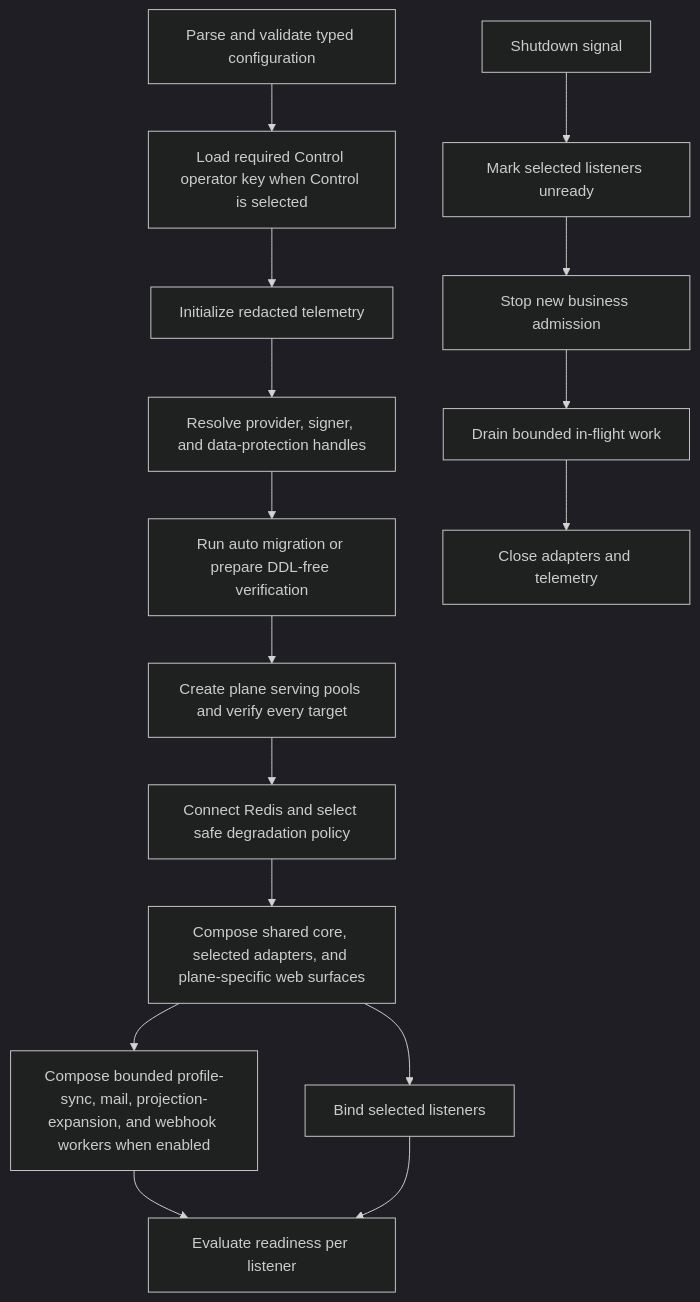
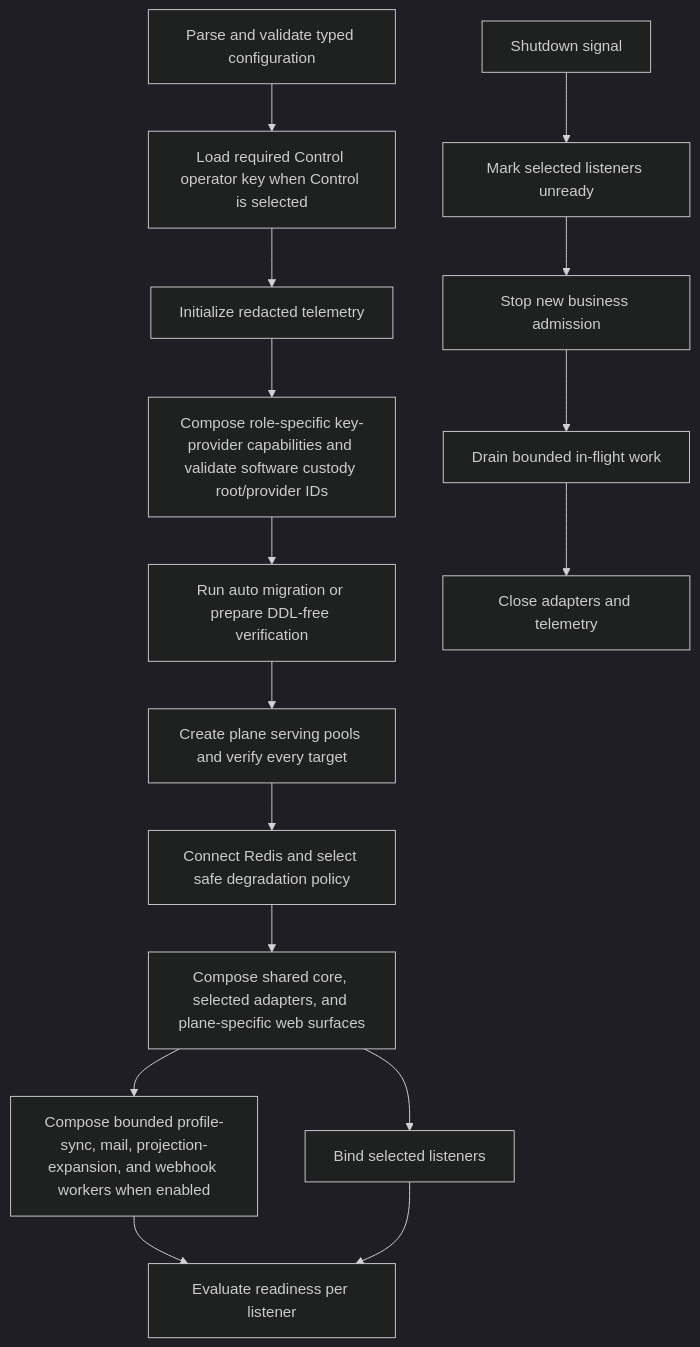
Before and after one commit to owlfoundry/owlauth: the first of 4 diagrams in spec/06-operations-configuration-and-security.md, drawn with Mermaid (dark theme). The commit also changed other lines of this file and 320 other files, not shown here.

````diff
--- a/spec/06-operations-configuration-and-security.md
+++ b/spec/06-operations-configuration-and-security.md
@@ -19,19 +20,19 @@
 ```mermaid
 flowchart TD
     Config[Parse and validate typed configuration] --> OperatorKey[Load required Control operator key when Control is selected]
     OperatorKey --> Telemetry[Initialize redacted telemetry]
-    Telemetry --> Secrets[Resolve provider, signer, and data-protection handles]
-    Secrets --> Schema[Run auto migration or prepare DDL-free verification]
+    Telemetry --> Providers[Compose role-specific key-provider capabilities and validate software custody root/provider IDs]
+    Providers --> Schema[Run auto migration or prepare DDL-free verification]
     Schema --> PG[Create plane serving pools and verify every target]
     PG --> Redis[Connect Redis and select safe degradation policy]
     Redis --> Core[Compose shared core, selected adapters, and plane-specific web surfaces]
     Core --> Workers[Compose bounded profile-sync, mail, projection-expansion, and webhook workers when enabled]
     Core --> Bind[Bind selected listeners]
     Workers --> Ready
     Bind --> Ready[Evaluate readiness per listener]
 
     Stop[Shutdown signal] --> Unready[Mark selected listeners unready]
     Unready --> Admission[Stop new business admission]
     Admission --> Drain[Drain bounded in-flight work]
     Drain --> Close[Close adapters and telemetry]
 ```
````
